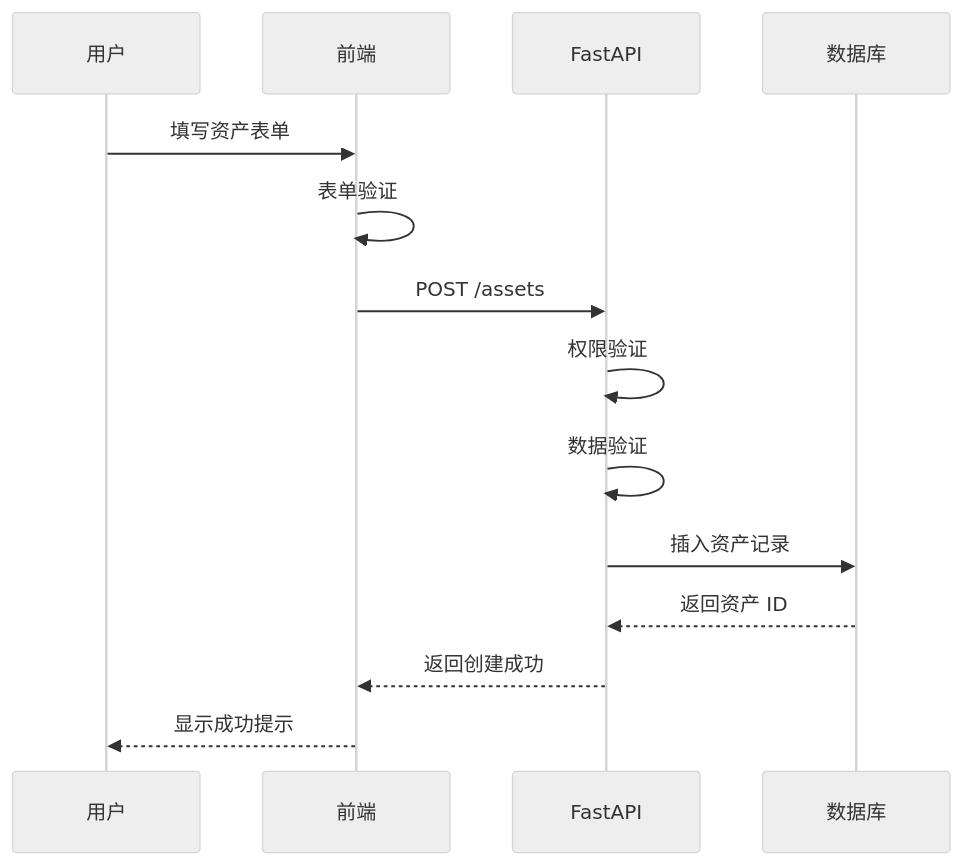
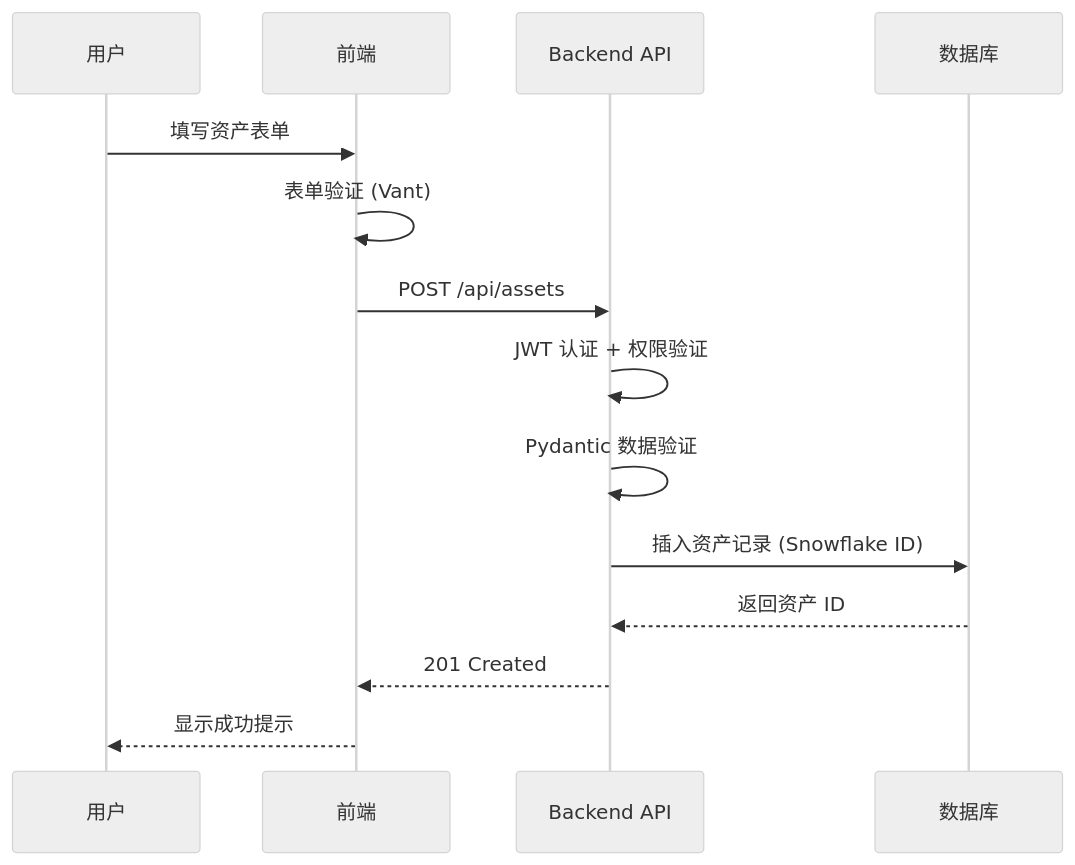
One commit to vincentruan/numina changed the third of 6 diagrams in docs/ARCHITECTURE.md. Above: the diagram before and after it, drawn with Mermaid (neutral theme). The commit also changed other lines of this file and 248 other files, not shown here.

````diff
--- a/docs/ARCHITECTURE.md
+++ b/docs/ARCHITECTURE.md
@@ -130,17 +142,17 @@
 ```mermaid
 sequenceDiagram
     participant User as 用户
     participant Frontend as 前端
-    participant API as FastAPI
+    participant API as Backend API
     participant DB as 数据库
 
     User->>Frontend: 填写资产表单
-    Frontend->>Frontend: 表单验证
-    Frontend->>API: POST /assets
-    API->>API: 权限验证
-    API->>API: 数据验证
-    API->>DB: 插入资产记录
+    Frontend->>Frontend: 表单验证 (Vant)
+    Frontend->>API: POST /api/assets
+    API->>API: JWT 认证 + 权限验证
+    API->>API: Pydantic 数据验证
+    API->>DB: 插入资产记录 (Snowflake ID)
     DB-->>API: 返回资产 ID
-    API-->>Frontend: 返回创建成功
+    API-->>Frontend: 201 Created
     Frontend-->>User: 显示成功提示
 ```
````
